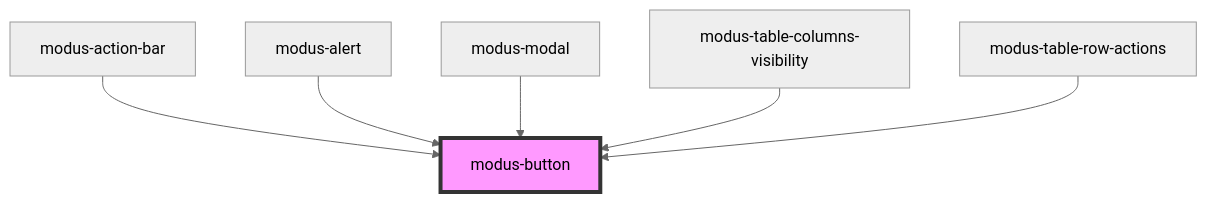
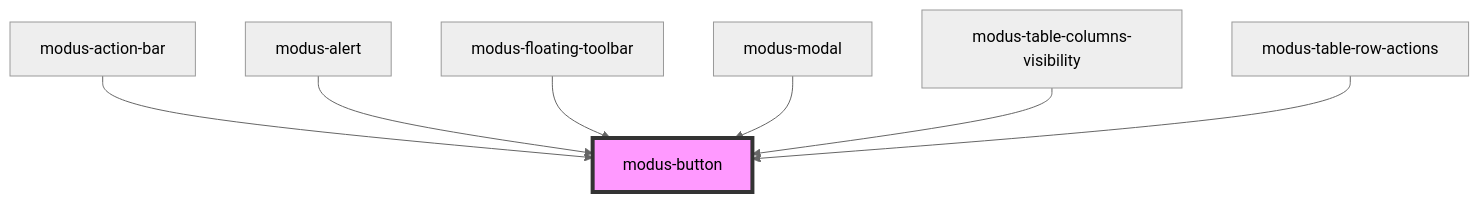
Before and after one commit to trimble-oss/modus-web-components: the diagram in stencil-workspace/src/components/modus-button/readme.md, drawn with Mermaid (neutral theme). The commit also changed other lines of this file, not shown here.

Commit message:
Update button readme

````diff
--- a/stencil-workspace/src/components/modus-button/readme.md
+++ b/stencil-workspace/src/components/modus-button/readme.md
@@ -70,9 +71,10 @@
 ```mermaid
 graph TD;
   modus-action-bar --> modus-button
   modus-alert --> modus-button
+  modus-floating-toolbar --> modus-button
   modus-modal --> modus-button
   modus-table-columns-visibility --> modus-button
   modus-table-row-actions --> modus-button
   style modus-button fill:#f9f,stroke:#333,stroke-width:4px
 ```
````
